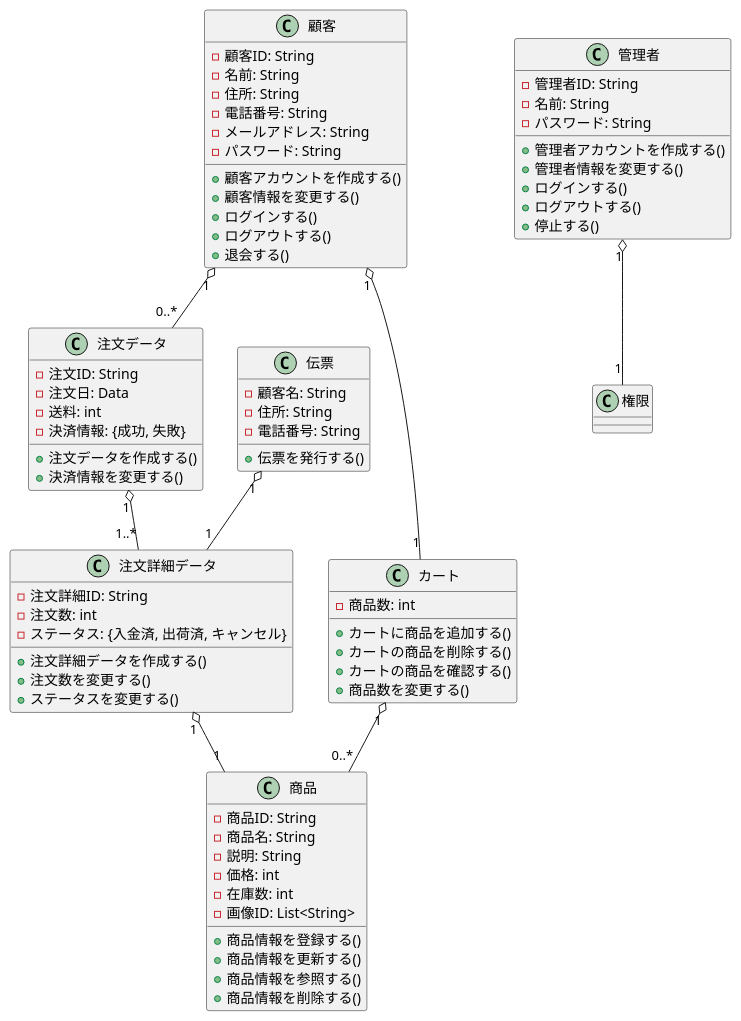
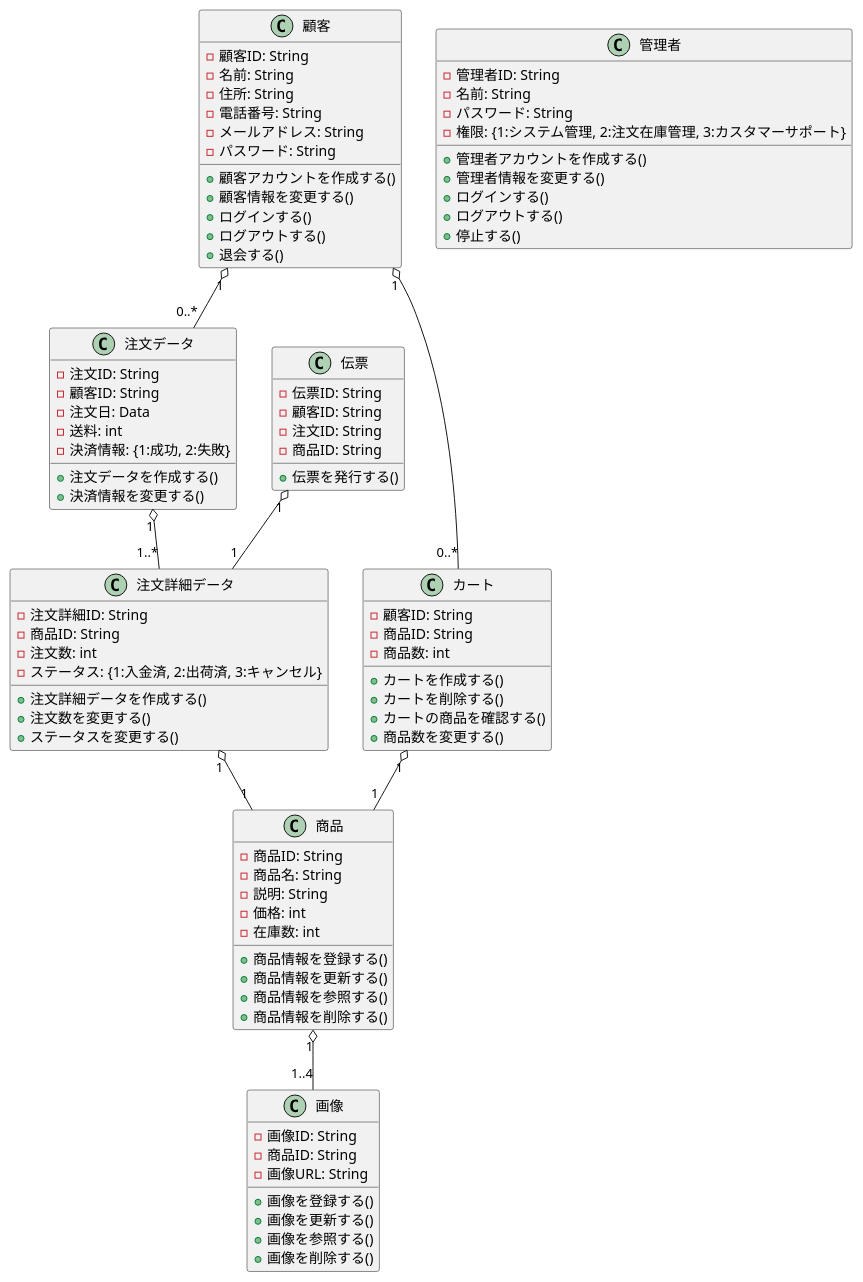
Before and after one commit to FujikawaHirono0520/group3_1_dogdog: the diagram in BB/class.pu, drawn with PlantUML.

Commit message:
【変更】カートクラスの関係を修正、画像クラスの追加

```diff
--- a/BB/class.pu
+++ b/BB/class.pu
@@ -1,102 +1,112 @@
 @startuml .
 
 class 顧客{
     - 顧客ID: String
     - 名前: String
     - 住所: String
     - 電話番号: String
     - メールアドレス: String
     - パスワード: String
 
     + 顧客アカウントを作成する()
     + 顧客情報を変更する()
     + ログインする()
     + ログアウトする()
     + 退会する()
 }
 
 class 管理者 {
     - 管理者ID: String
     - 名前: String
     - パスワード: String
+    - 権限: {1:システム管理, 2:注文在庫管理, 3:カスタマーサポート}
 
     + 管理者アカウントを作成する()
     + 管理者情報を変更する()
     + ログインする()
     + ログアウトする()
     + 停止する()
 }
 
-class 権限 {
-    ' - システム管理: String
-    ' - 注文在庫管理: String
-    ' - カスタマーサポート: String
-}
-
 class 注文データ {
     - 注文ID: String
+    - 顧客ID: String
     - 注文日: Data
     - 送料: int
-    - 決済情報: {成功, 失敗}
+    - 決済情報: {1:成功, 2:失敗}
 
     + 注文データを作成する()
     + 決済情報を変更する()
 }
 
 class 注文詳細データ {
     - 注文詳細ID: String
+    - 商品ID: String
     - 注文数: int
-    - ステータス: {入金済, 出荷済, キャンセル}
+    - ステータス: {1:入金済, 2:出荷済, 3:キャンセル}
 
     + 注文詳細データを作成する()
     + 注文数を変更する()
     + ステータスを変更する()
 }
 
 class 伝票 {
-    - 顧客名: String
-    - 住所: String
-    - 電話番号: String
+    - 伝票ID: String
+    - 顧客ID: String
+    - 注文ID: String
+    - 商品ID: String
 
     + 伝票を発行する()
 }
 
 class カート {
+    - 顧客ID: String
+    - 商品ID: String
     - 商品数: int
 
-    + カートに商品を追加する()
-    + カートの商品を削除する()
+    + カートを作成する()
+    + カートを削除する()
     + カートの商品を確認する()
     + 商品数を変更する()
 }
 
 class 商品 {
     - 商品ID: String
     - 商品名: String
     - 説明: String
     - 価格: int
     - 在庫数: int
-    - 画像ID: List<String>
 
     + 商品情報を登録する()
     + 商品情報を更新する()
     + 商品情報を参照する()
     + 商品情報を削除する()
 }
 
+class 画像 {
+    - 画像ID: String
+    - 商品ID: String
+    - 画像URL: String
 
-顧客 "1" o-- "1" カート
+    + 画像を登録する()
+    + 画像を更新する()
+    + 画像を参照する()
+    + 画像を削除する()
+}
 
-カート "1" o-- "0..*" 商品
+
+顧客 "1" o-- "0..*" カート
+
+カート "1" o-- "1" 商品
 
 顧客 "1" o-- "0..*" 注文データ
 
 注文データ "1" o-- "1..*" 注文詳細データ
 
 注文詳細データ "1" o-- "1" 商品
 
-管理者 "1" o-- "1" 権限
+商品 "1" o-- "1..4" 画像
 
 伝票 "1" o-- "1" 注文詳細データ
 
 @enduml
```
